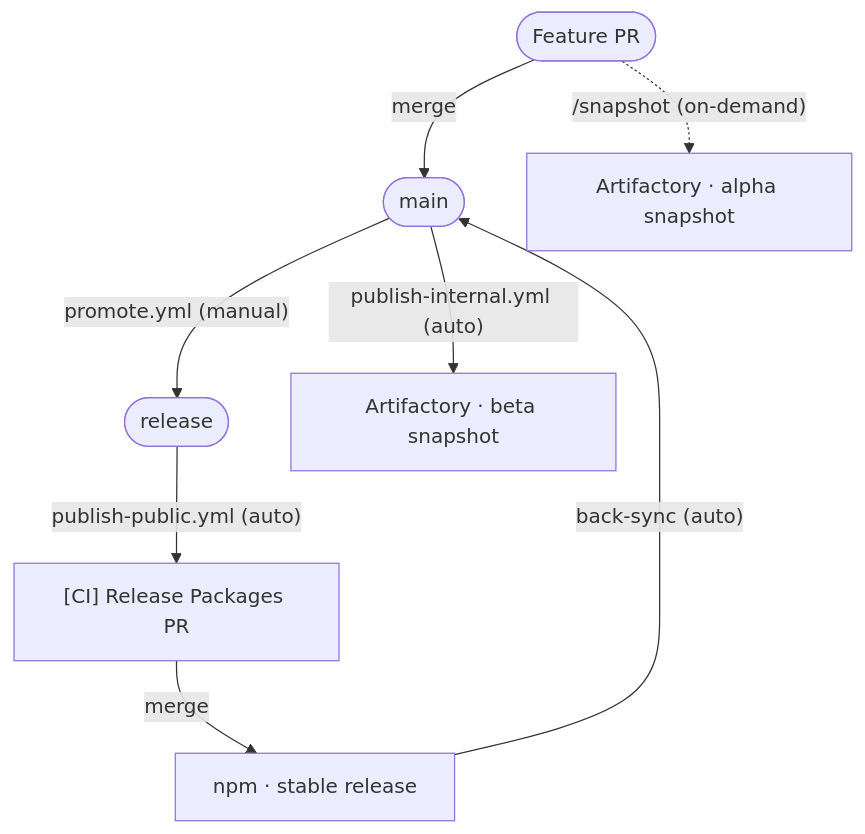
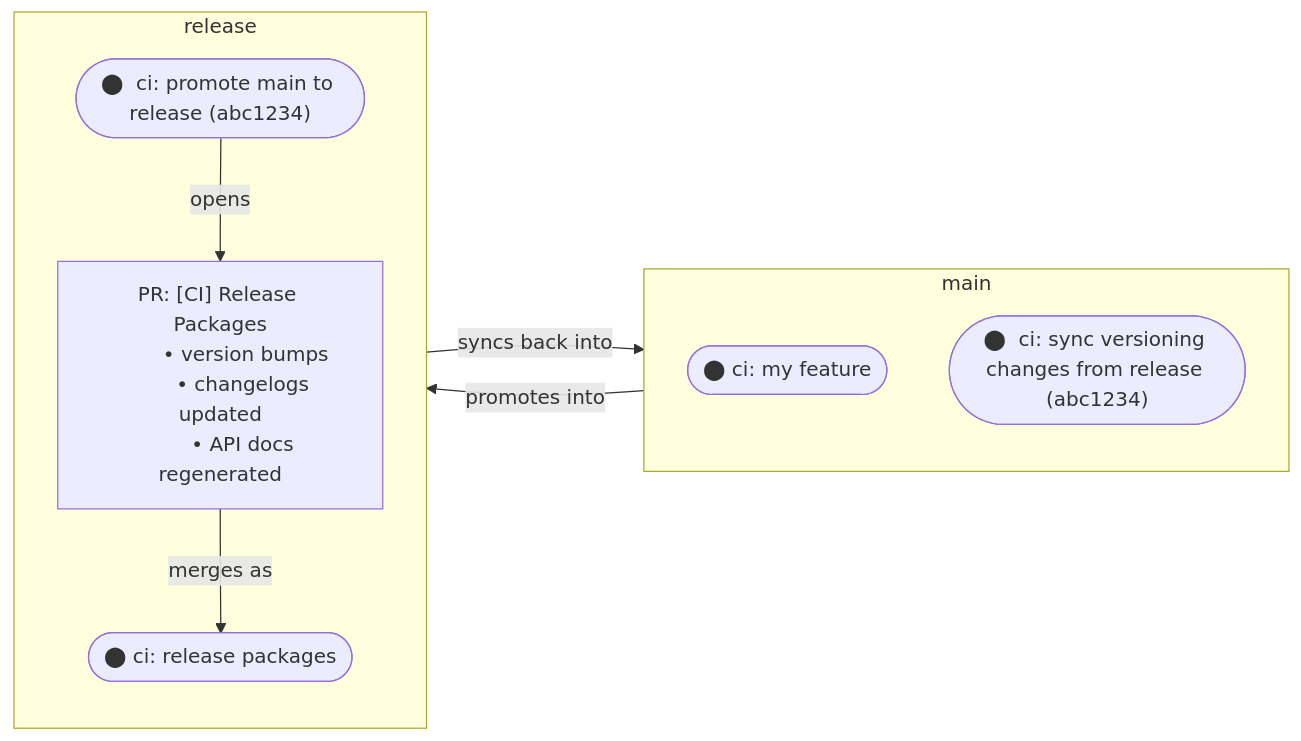
One commit to adobe/aio-commerce-sdk changed the diagram in .github/DEVELOPMENT.md. Above: the diagram before and after it, drawn with Mermaid. The commit also changed other lines of this file and 1 other file, not shown here.

Commit message:
docs: replace release overview diagram with promotion flow

````diff
--- a/.github/DEVELOPMENT.md
+++ b/.github/DEVELOPMENT.md
@@ -451,18 +451,23 @@
 ```mermaid
-flowchart TD
-    PR(["Feature PR"])
-    main(["main"])
-    release(["release"])
-    vpr["[CI] Release Packages PR"]
-    alpha["Artifactory · alpha snapshot"]
-    beta["Artifactory · beta snapshot"]
-    npm["npm · stable release"]
+flowchart LR
+    subgraph main ["main"]
+        direction TB
+        m1(["⬤  ci: my feature"])
+        m2(["⬤  ci: sync versioning changes from release (abc1234)"])
+    end
 
-    PR -->|"merge"| main
-    PR -. "/snapshot (on-demand)" .-> alpha
-    main -->|"publish-internal.yml (auto)"| beta
-    main -->|"promote.yml (manual)"| release
-    release -->|"publish-public.yml (auto)"| vpr
-    vpr -->|"merge"| npm
-    npm -->|"back-sync (auto)"| main
+    subgraph release ["release"]
+        direction TB
+        r1(["⬤  ci: promote main to release (abc1234)"])
+        r2["PR: [CI] Release Packages
+        • version bumps
+        • changelogs updated
+        • API docs regenerated"]
+        r3(["⬤  ci: release packages"])
+        r1 -->|"opens"| r2
+        r2 -->|"merges as"| r3
+    end
+
+    m1 -->|"promotes into"| r1
+    r3 -->|"syncs back into"| m2
 ```
````
